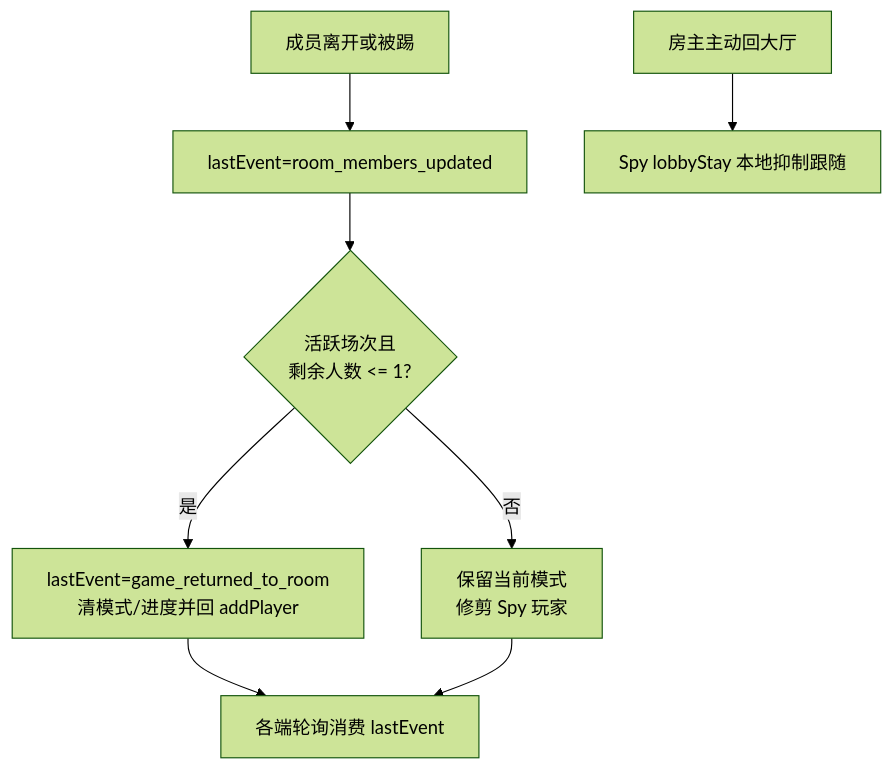
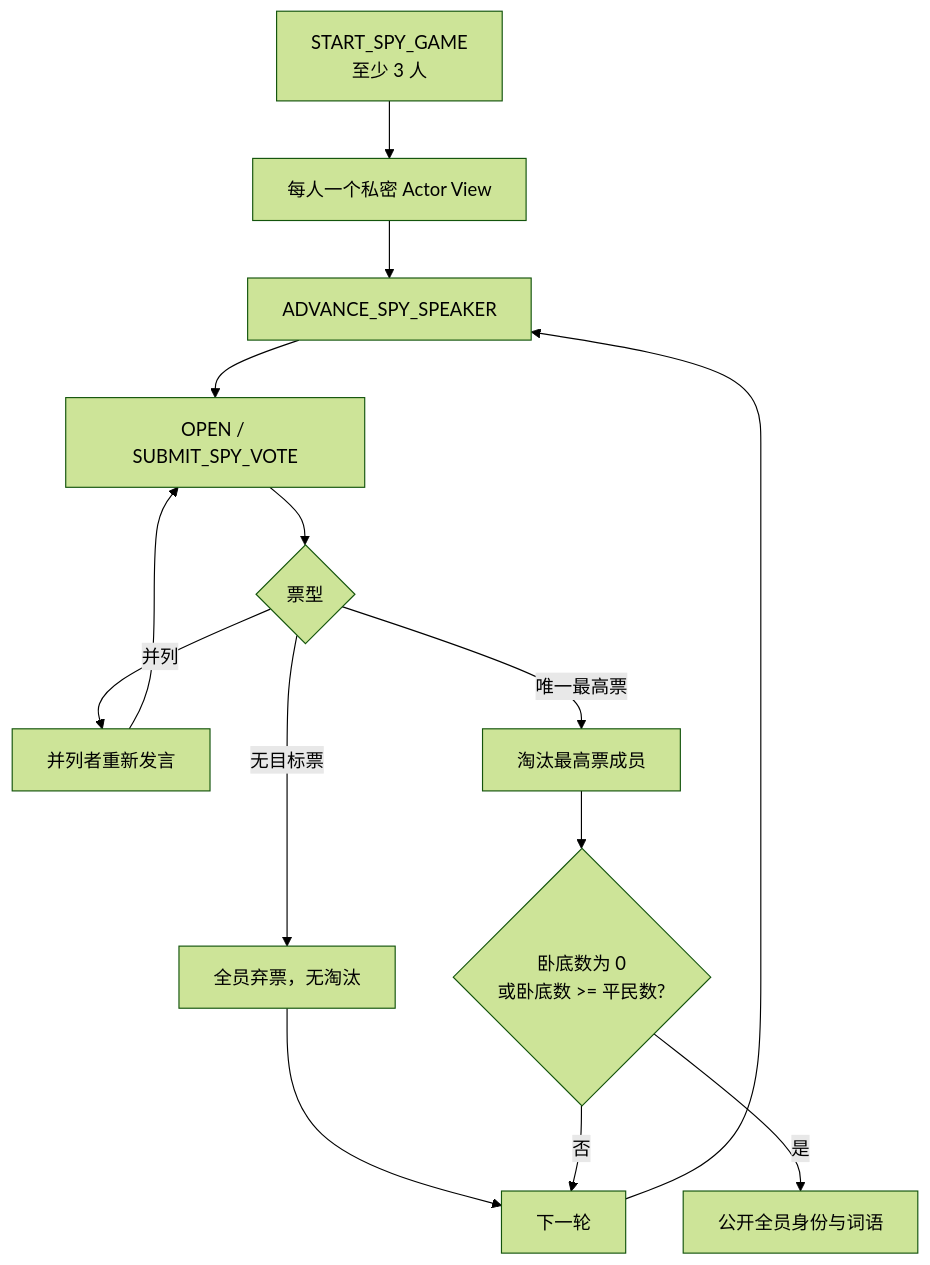
One commit to Bubble-419/cardboard-miniprogram changed diagram 11 of 14 in docs/ROOM_BUSINESS_FLOWS.md. Above: the diagram before and after it, drawn with Mermaid (forest theme). The commit also changed other lines of this file and 26 other files, not shown here.

````diff
--- a/docs/ROOM_BUSINESS_FLOWS.md
+++ b/docs/ROOM_BUSINESS_FLOWS.md
@@ -357,16 +247,21 @@
 ```mermaid
 flowchart TD
-  X[成员离开或被踢]
-  E[lastEvent=room_members_updated]
-  N{活跃场次且<br/>剩余人数 <= 1?}
-  R[lastEvent=game_returned_to_room<br/>清模式/进度并回 addPlayer]
-  K[保留当前模式<br/>修剪 Spy 玩家]
-  P[各端轮询消费 lastEvent]
-  H[房主主动回大厅]
-  ST[Spy lobbyStay 本地抑制跟随]
+  START[START_SPY_GAME<br/>至少 3 人]
+  DEAL[每人一个私密 Actor View]
+  SPEAK[ADVANCE_SPY_SPEAKER]
+  VOTE[OPEN / SUBMIT_SPY_VOTE]
+  RESULT{票型}
+  TIE[并列者重新发言]
+  ABSTAIN[全员弃票，无淘汰]
+  ELIM[淘汰最高票成员]
+  WIN{卧底数为 0<br/>或卧底数 >= 平民数?}
+  SETTLED[公开全员身份与词语]
+  NEXT[下一轮]
 
-  X --> E --> N
-  N -->|是| R --> P
-  N -->|否| K --> P
-  H --> ST
+  START --> DEAL --> SPEAK --> VOTE --> RESULT
+  RESULT -->|并列| TIE --> VOTE
+  RESULT -->|无目标票| ABSTAIN --> NEXT
+  RESULT -->|唯一最高票| ELIM --> WIN
+  WIN -->|否| NEXT --> SPEAK
+  WIN -->|是| SETTLED
 ```
````
